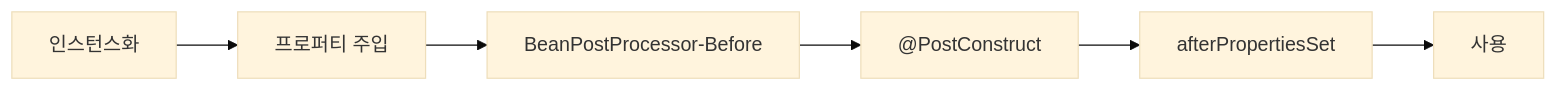
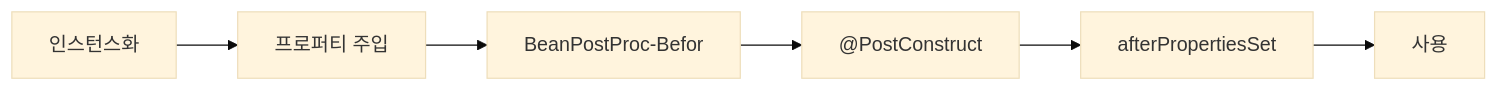
The sixth of 8 diagrams in _posts/spring/2026-05-02-spring-core-basic.md (yjkim2015/yjkim2015.github.io), drawn with Mermaid (base theme) before and after one commit. The commit also changed other lines of this file and 245 other files, not shown here.

First line of the commit message:
Mermaid 다이어그램 전면 수정 + 면접 포인트 접기/펼치기 + DB 데드락 페이지

````diff
--- a/_posts/spring/2026-05-02-spring-core-basic.md
+++ b/_posts/spring/2026-05-02-spring-core-basic.md
@@ -685,8 +685,8 @@
 ```mermaid
 graph LR
     A["인스턴스화"] --> B["프로퍼티 주입"]
-    B --> C["BeanPostProcessor-Before"]
+    B --> C["BeanPostProc-Befor"]
     C --> D["@PostConstruct"]
     D --> E["afterPropertiesSet"]
     E --> F["사용"]
 ```
````
